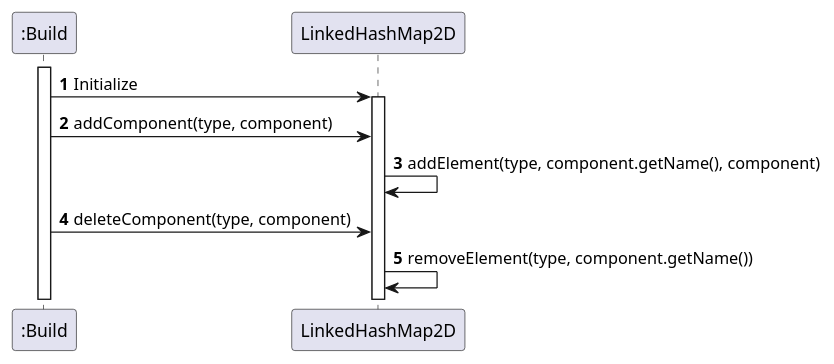
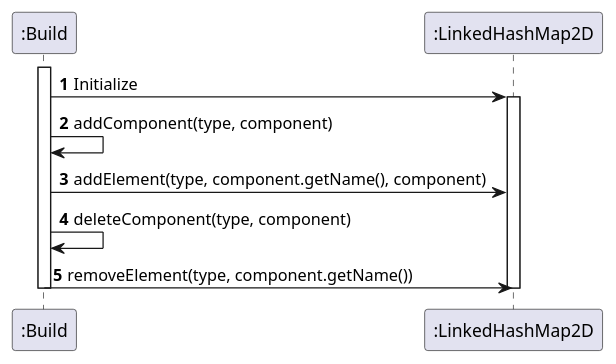
The diagram in docs/puml/BuildSequence.puml (nus-cs2113-AY2223S1/tp), drawn with PlantUML before and after one commit. The commit also changed 7 other files, not shown here.

```diff
--- a/docs/puml/BuildSequence.puml
+++ b/docs/puml/BuildSequence.puml
@@ -1,20 +1,22 @@
 @startuml
 'https://plantuml.com/sequence-diagram
 
 autonumber
 
 activate ":Build"
-":Build" -> LinkedHashMap2D: Initialize
+":Build" -> ":LinkedHashMap2D": Initialize
 
-activate LinkedHashMap2D
+activate ":LinkedHashMap2D"
 
-":Build" -> LinkedHashMap2D: addComponent(type, component)
+":Build" -> ":Build": addComponent(type, component)
 
-LinkedHashMap2D -> LinkedHashMap2D: addElement(type, component.getName(), component)
+":Build" -> ":LinkedHashMap2D": addElement(type, component.getName(), component)
 
-":Build" -> LinkedHashMap2D: deleteComponent(type, component)
+":Build" -> ":Build": deleteComponent(type, component)
 
-LinkedHashMap2D -> LinkedHashMap2D: removeElement(type, component.getName())
+":Build" -> ":LinkedHashMap2D": removeElement(type, component.getName())
 
+deactivate ":Build"
+deactivate ":LinkedHashMap2D"
 
 @enduml
```
